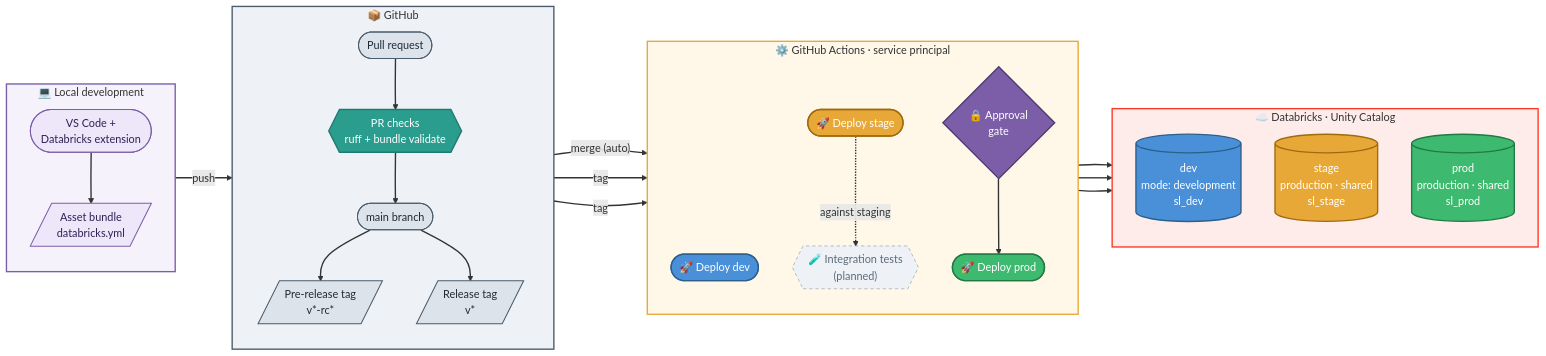
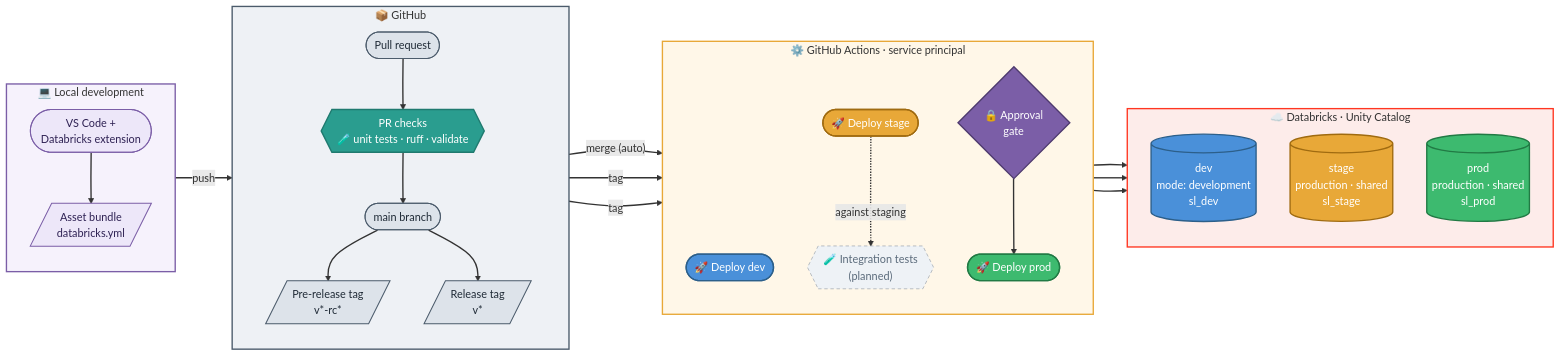
The first of 5 diagrams in README.md (schmucas/databricks_de_professional_practice), drawn with Mermaid before and after one commit. The commit also changed other lines of this file, not shown here.

````diff
--- a/README.md
+++ b/README.md
@@ -66,68 +66,68 @@
 ```mermaid
 flowchart LR
     subgraph local["💻 Local development"]
         direction TB
         IDE(["VS Code +<br/>Databricks extension"])
         BUNDLE[/"Asset bundle<br/>databricks.yml"/]
         IDE ==> BUNDLE
     end
 
     subgraph gh["📦 GitHub"]
         direction TB
         PR(["Pull request"])
-        CHECK{{"PR checks<br/>ruff + bundle validate"}}
+        CHECK{{"PR checks<br/>🧪 unit tests · ruff · validate"}}
         MAIN(["main branch"])
         RC[/"Pre-release tag<br/>v*-rc*"/]
         REL[/"Release tag<br/>v*"/]
         PR ==> CHECK ==> MAIN
         MAIN --> RC
         MAIN --> REL
     end
 
     subgraph act["⚙️ GitHub Actions · service principal"]
         direction TB
         DDEV(["🚀 Deploy dev"])
         DSTG(["🚀 Deploy stage"])
         ITEST{{"🧪 Integration tests<br/>(planned)"}}
         GATE{"🔒 Approval<br/>gate"}
         DPRD(["🚀 Deploy prod"])
     end
 
     subgraph dbx["☁️ Databricks · Unity Catalog"]
         direction TB
         DEV[("dev<br/>mode: development<br/>sl_dev")]
         STG[("stage<br/>production · shared<br/>sl_stage")]
         PRD[("prod<br/>production · shared<br/>sl_prod")]
     end
 
     BUNDLE ==>|"push"| PR
     MAIN ==>|"merge (auto)"| DDEV ==> DEV
     RC ==>|"tag"| DSTG ==> STG
     DSTG -.->|"against staging"| ITEST
     REL ==>|"tag"| GATE ==> DPRD ==> PRD
 
     classDef loc fill:#ede7f9,stroke:#7b5ea7,color:#2e2153,stroke-width:1.5px
     classDef vcs   fill:#dde3ea,stroke:#4b5b6b,color:#1f2a36,stroke-width:1.5px
     classDef check fill:#2a9d8f,stroke:#1f7a6f,color:#fff,stroke-width:2px
     classDef gate  fill:#7b5ea7,stroke:#4e3a6e,color:#fff,stroke-width:2px
     classDef dev   fill:#4a90d9,stroke:#2c5f8a,color:#fff,stroke-width:2px
     classDef stage fill:#e8a838,stroke:#a06b10,color:#fff,stroke-width:2px
     classDef prod  fill:#3dba6f,stroke:#217a44,color:#fff,stroke-width:2px
     classDef plan  fill:#eef2f6,stroke:#9aa3ad,color:#5b6b7b,stroke-dasharray:5 4
 
     class IDE,BUNDLE loc
     class PR,MAIN,RC,REL vcs
     class CHECK check
     class GATE gate
     class DDEV,DEV dev
     class DSTG,STG stage
     class DPRD,PRD prod
     class ITEST plan
 
     style local fill:#f6f2fc,stroke:#7b5ea7,stroke-width:2px
     style gh    fill:#eef1f5,stroke:#4b5b6b,stroke-width:2px
     style act   fill:#fff7e8,stroke:#e8a838,stroke-width:2px
     style dbx   fill:#fdecea,stroke:#FF3621,stroke-width:2px
 
     linkStyle default stroke-width:2px
 ```
````
